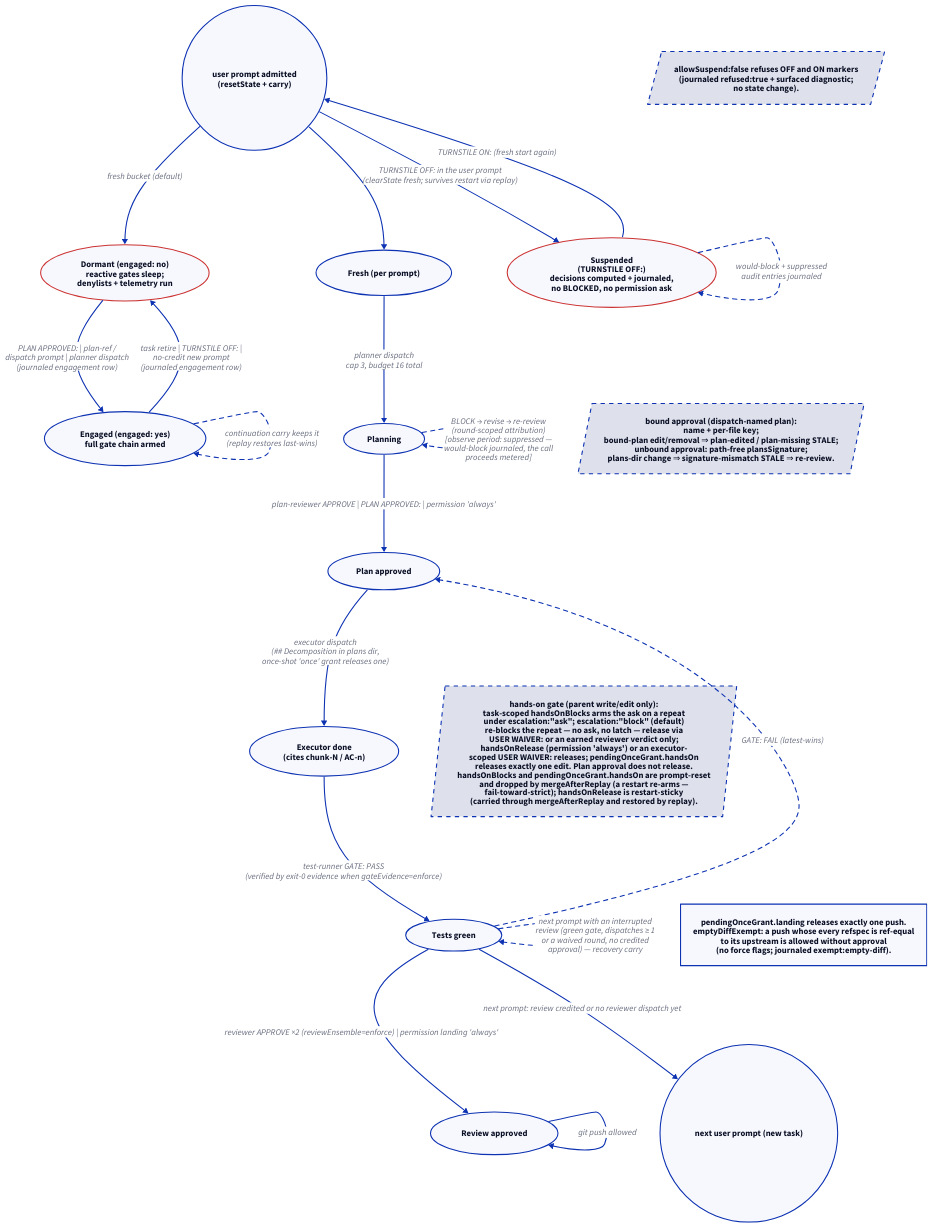
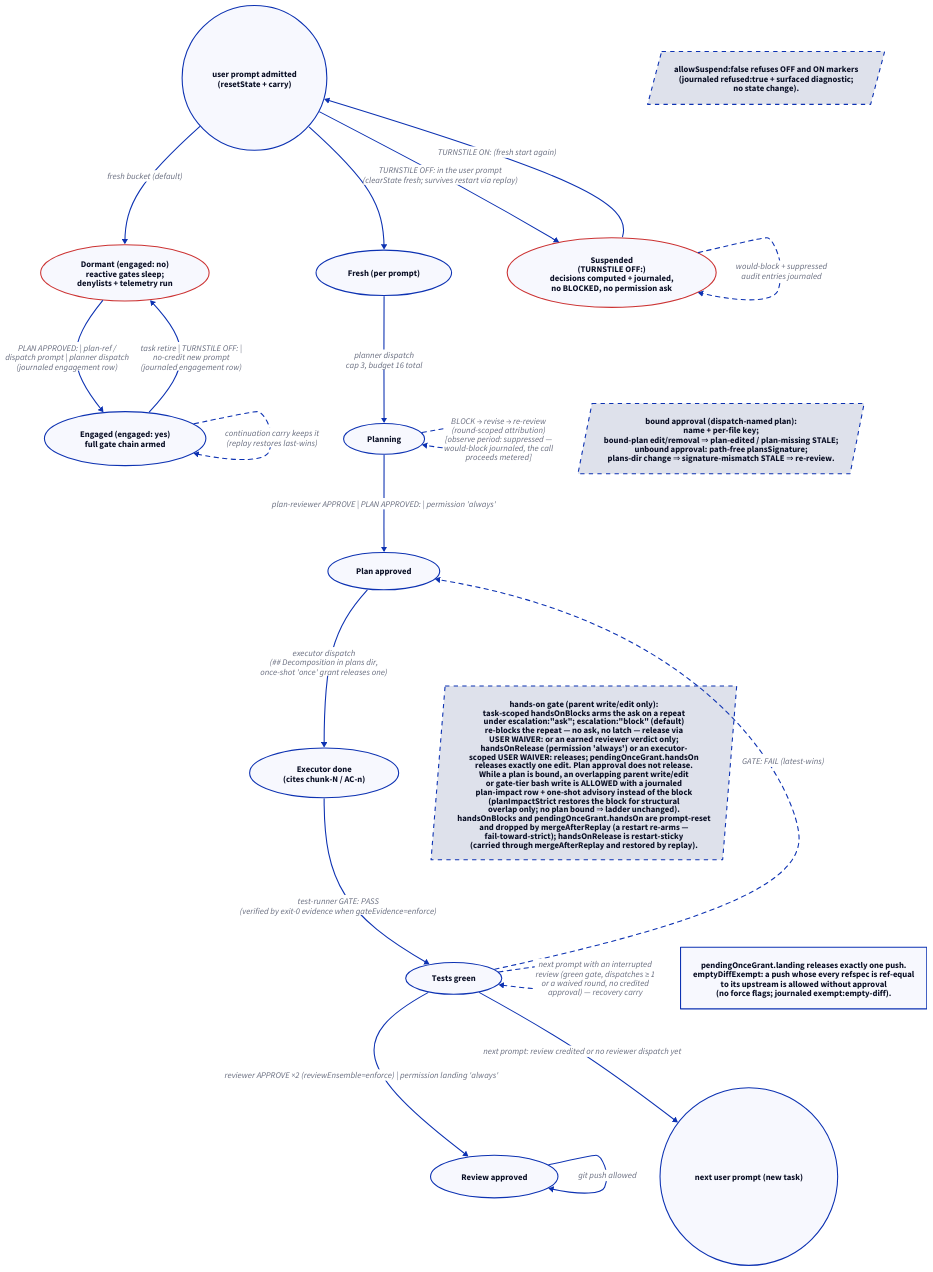
The diagram in docs/diagrams/d04-gate-state.d2 (edseabolt/turnstile), drawn with D2 before and after one commit. The commit also changed 17 other files, not shown here.

Commit message:
feat: plan-impact advisory replaces parent-hands-on block while a plan is bound (#247)

```diff
--- a/docs/diagrams/d04-gate-state.d2
+++ b/docs/diagrams/d04-gate-state.d2
@@ -1,96 +1,96 @@
 direction: down
 
 fresh: "Fresh (per prompt)" {
   shape: oval
 }
 planning: "Planning" {
   shape: oval
 }
 planok: "Plan approved" {
   shape: oval
 }
 executor: "Executor done\n(cites chunk-N / AC-n)" {
   shape: oval
 }
 green: "Tests green" {
   shape: oval
 }
 reviewed: "Review approved" {
   shape: oval
 }
 end: "next user prompt (new task)" {
   shape: circle
 }
 
 start: "user prompt admitted\n(resetState + carry)" {
   shape: circle
 }
 
 dormant: "Dormant (engaged: no)\nreactive gates sleep;\ndenylists + telemetry run" {
   shape: oval
   style.stroke: "#c33"
 }
 engaged: "Engaged (engaged: yes)\nfull gate chain armed" {
   shape: oval
 }
 
 start -> dormant: "fresh bucket (default)"
 dormant -> engaged: "PLAN APPROVED: | plan-ref /\ndispatch prompt | planner dispatch\n(journaled engagement row)"
 engaged -> dormant: "task retire | TURNSTILE OFF: |\nno-credit new prompt\n(journaled engagement row)"
 engaged -> engaged: "continuation carry keeps it\n(replay restores last-wins)" {
   style.stroke-dash: 4
 }
 
 start -> fresh
 fresh -> planning: "planner dispatch\ncap 3, budget 16 total"
 planning -> planok: "plan-reviewer APPROVE | PLAN APPROVED: | permission 'always'"
 planning -> planning: "BLOCK → revise → re-review\n(round-scoped attribution)\n[observe period: suppressed —\nwould-block journaled, the call\nproceeds metered]" {
   style.stroke-dash: 4
 }
 planok -> executor: "executor dispatch\n(## Decomposition in plans dir,\nonce-shot 'once' grant releases one)"
 executor -> green: "test-runner GATE: PASS\n(verified by exit-0 evidence when gateEvidence=enforce)"
 green -> planok: "GATE: FAIL (latest-wins)" {
   style.stroke-dash: 4
 }
 green -> reviewed: "reviewer APPROVE ×2 (reviewEnsemble=enforce) | permission landing 'always'"
 reviewed -> reviewed: "git push allowed"
 green -> end: "next prompt: review credited or no reviewer dispatch yet"
 green -> green: "next prompt with an interrupted\nreview (green gate, dispatches ≥ 1\nor a waived round, no credited\napproval) — recovery carry" {
   style.stroke-dash: 4
 }
 
 suspend: "Suspended\n(TURNSTILE OFF:)\ndecisions computed + journaled,\nno BLOCKED, no permission ask" {
   shape: oval
   style.stroke: "#c33"
 }
 suspend -> suspend: "would-block + suppressed\naudit entries journaled" {
   style.stroke-dash: 4
 }
 start -> suspend: "TURNSTILE OFF: in the user prompt\n(clearState fresh; survives restart via replay)"
 suspend -> start: "TURNSTILE ON: (fresh start again)"
 refused-note: "allowSuspend:false refuses OFF and ON markers\n(journaled refused:true + surfaced diagnostic;\nno state change)." {
   style.stroke-dash: 4
   shape: parallelogram
 }
 refused-note -> suspend: "" {
   style.opacity: 0
 }
 
 planok-note: "bound approval (dispatch-named plan):\nname + per-file key;\nbound-plan edit/removal ⇒ plan-edited / plan-missing STALE;\nunbound approval: path-free plansSignature;\nplans-dir change ⇒ signature-mismatch STALE ⇒ re-review." {
   style.stroke-dash: 4
   shape: parallelogram
 }
 reviewed-note: "pendingOnceGrant.landing releases exactly one push.\nemptyDiffExempt: a push whose every refspec is ref-equal\nto its upstream is allowed without approval\n(no force flags; journaled exempt:empty-diff)."
-handson-note: "hands-on gate (parent write/edit only):\ntask-scoped handsOnBlocks arms the ask on a repeat\nunder escalation:\"ask\"; escalation:\"block\" (default)\nre-blocks the repeat — no ask, no latch — release via\nUSER WAIVER: or an earned reviewer verdict only;\nhandsOnRelease (permission 'always') or an executor-\nscoped USER WAIVER: releases; pendingOnceGrant.handsOn\nreleases exactly one edit. Plan approval does not release.\nhandsOnBlocks and pendingOnceGrant.handsOn are prompt-reset\nand dropped by mergeAfterReplay (a restart re-arms —\nfail-toward-strict); handsOnRelease is restart-sticky\n(carried through mergeAfterReplay and restored by replay)." {
+handson-note: "hands-on gate (parent write/edit only):\ntask-scoped handsOnBlocks arms the ask on a repeat\nunder escalation:\"ask\"; escalation:\"block\" (default)\nre-blocks the repeat — no ask, no latch — release via\nUSER WAIVER: or an earned reviewer verdict only;\nhandsOnRelease (permission 'always') or an executor-\nscoped USER WAIVER: releases; pendingOnceGrant.handsOn\nreleases exactly one edit. Plan approval does not release.\nWhile a plan is bound, an overlapping parent write/edit\nor gate-tier bash write is ALLOWED with a journaled\nplan-impact row + one-shot advisory instead of the block\n(planImpactStrict restores the block for structural\noverlap only; no plan bound ⇒ ladder unchanged).\nhandsOnBlocks and pendingOnceGrant.handsOn are prompt-reset\nand dropped by mergeAfterReplay (a restart re-arms —\nfail-toward-strict); handsOnRelease is restart-sticky\n(carried through mergeAfterReplay and restored by replay)." {
   style.stroke-dash: 4
   shape: parallelogram
 }
 planok-note -> planok: "" {
   style.opacity: 0
 }
 reviewed-note -> reviewed: "" {
   style.opacity: 0
 }
 handson-note -> green: "" {
   style.opacity: 0
 }
```
